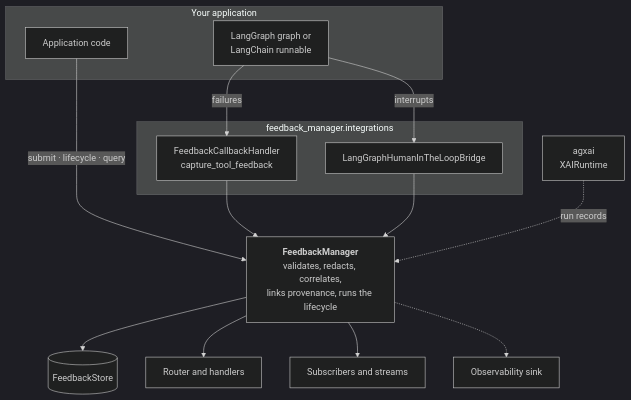
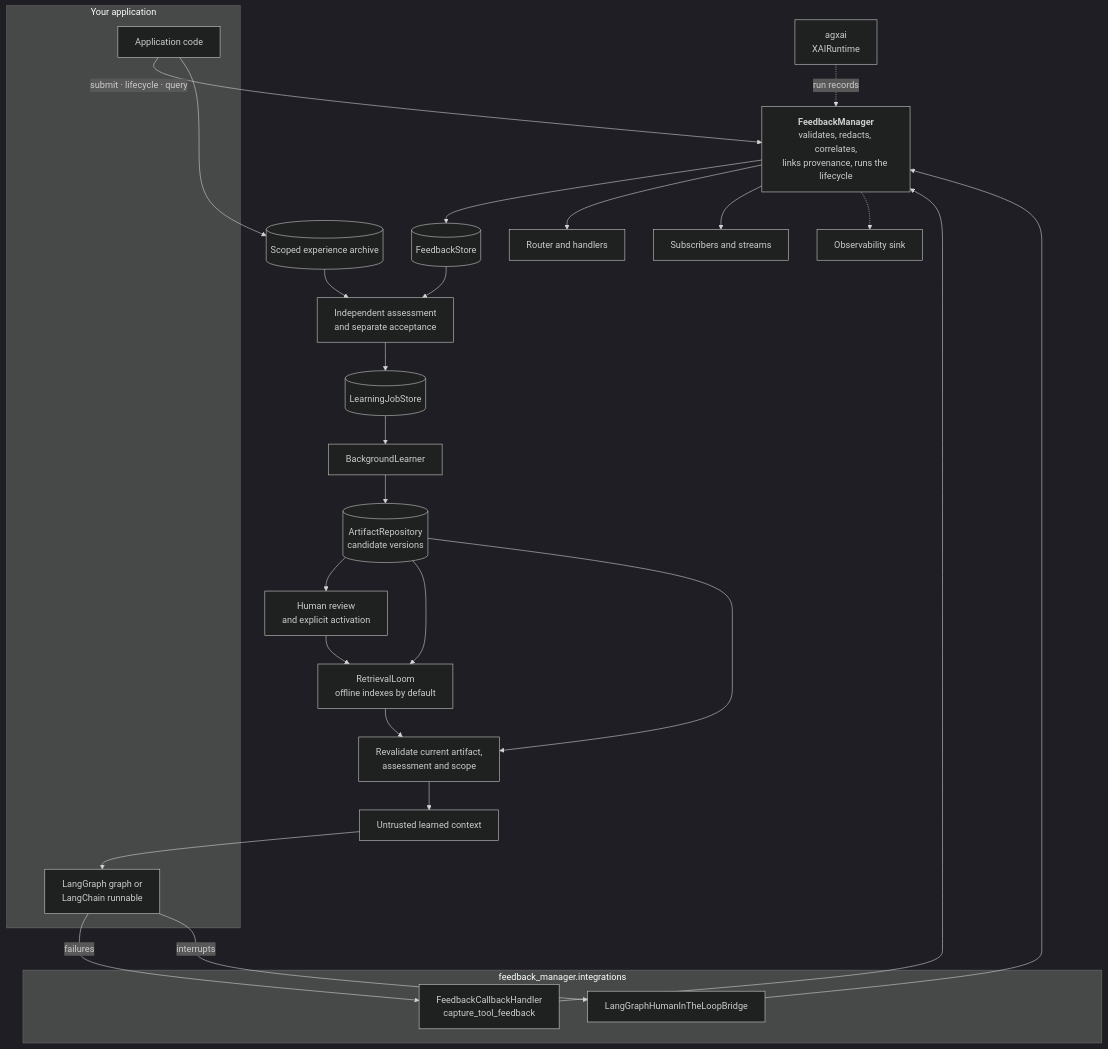
Before and after one commit to smuniharish/feedback-manager: the diagram in diagrams/architecture-overview.mmd, drawn with Mermaid (dark theme). The commit also changed 125 other files, not shown here.

First line of the commit message:
Prepare 0.2.0: assessment, experience, and learning-job features with disclosure-safe docs

```diff
--- a/diagrams/architecture-overview.mmd
+++ b/diagrams/architecture-overview.mmd
@@ -1,29 +1,51 @@
 flowchart TB
     subgraph app["Your application"]
         code["Application code"]
         runnable["LangGraph graph or<br/>LangChain runnable"]
     end
 
     subgraph integrations["feedback_manager.integrations"]
         callbacks["FeedbackCallbackHandler<br/>capture_tool_feedback"]
         hitl["LangGraphHumanInTheLoopBridge"]
     end
 
     manager["<b>FeedbackManager</b><br/>validates, redacts, correlates,<br/>links provenance, runs the lifecycle"]
     xai["agxai<br/>XAIRuntime"]
 
     store[("FeedbackStore")]
     handlers["Router and handlers"]
     push["Subscribers and streams"]
     sink["Observability sink"]
+    experiences[("Scoped experience archive")]
+    assessment["Independent assessment<br/>and separate acceptance"]
+    jobs[("LearningJobStore")]
+    learner["BackgroundLearner"]
+    artifacts[("ArtifactRepository<br/>candidate versions")]
+    review["Human review<br/>and explicit activation"]
+    retrieval["RetrievalLoom<br/>offline indexes by default"]
+    recheck["Revalidate current artifact,<br/>assessment and scope"]
+    context["Untrusted learned context"]
 
     code -- "submit · lifecycle · query" --> manager
     runnable -- "failures" --> callbacks
     runnable -- "interrupts" --> hitl
     callbacks --> manager
     hitl --> manager
     xai -. "run records" .-> manager
     manager --> store
     manager --> handlers
     manager --> push
     manager -.-> sink
+    code --> experiences
+    store --> assessment
+    experiences --> assessment
+    assessment --> jobs
+    jobs --> learner
+    learner --> artifacts
+    artifacts --> review
+    review --> retrieval
+    artifacts --> retrieval
+    retrieval --> recheck
+    artifacts --> recheck
+    recheck --> context
+    context --> runnable
```
